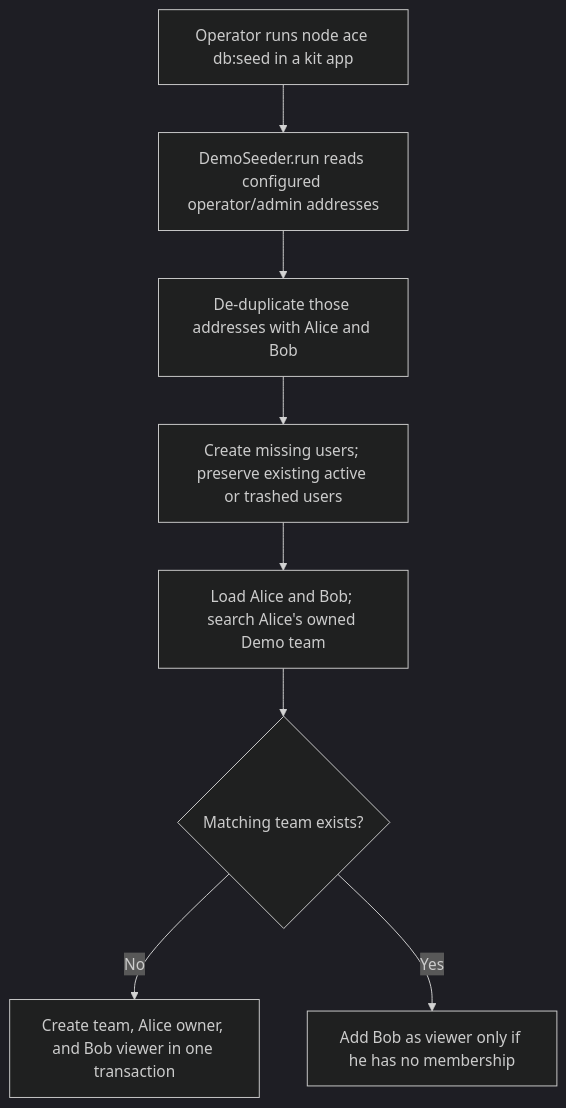
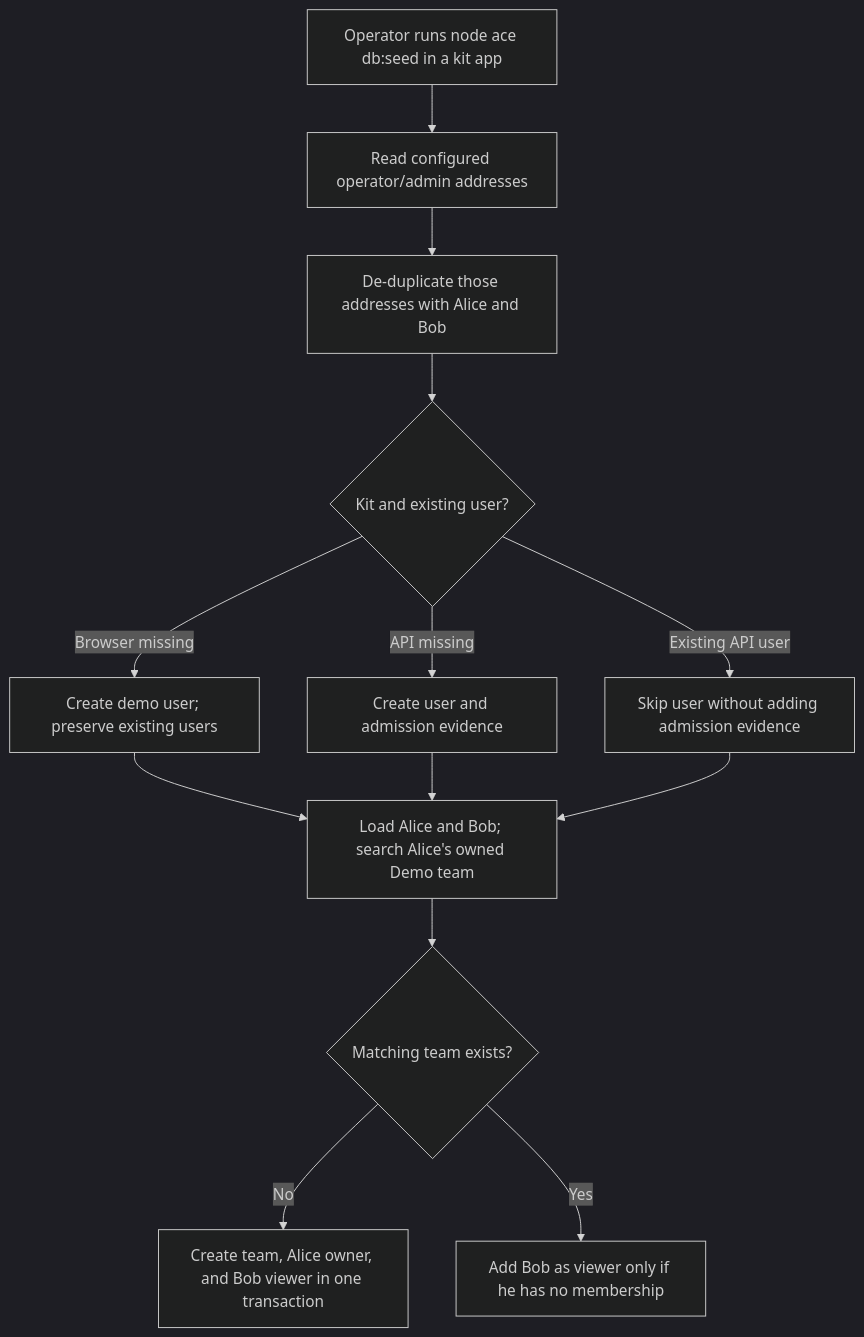
One commit to Kevinjohn/oss-adonisjs-starter-examples changed the first of 2 diagrams in user-stories/demo/us-demo-01-seed-demo-data.md. Above: the diagram before and after it, drawn with Mermaid (dark theme). The commit also changed other lines of this file and 29 other files, not shown here.

````diff
--- a/user-stories/demo/us-demo-01-seed-demo-data.md
+++ b/user-stories/demo/us-demo-01-seed-demo-data.md
@@ -22,10 +22,15 @@
 ```mermaid
 flowchart TD
-    A["Operator runs node ace db:seed in a kit app"] --> B["DemoSeeder.run reads configured operator/admin addresses"]
+    A["Operator runs node ace db:seed in a kit app"] --> B["Read configured operator/admin addresses"]
     B --> C["De-duplicate those addresses with Alice and Bob"]
-    C --> D["Create missing users; preserve existing active or trashed users"]
-    D --> E["Load Alice and Bob; search Alice's owned Demo team"]
-    E --> F{"Matching team exists?"}
-    F -->|No| G["Create team, Alice owner, and Bob viewer in one transaction"]
-    F -->|Yes| H["Add Bob as viewer only if he has no membership"]
+    C --> D{"Kit and existing user?"}
+    D -->|Browser missing| E["Create demo user; preserve existing users"]
+    D -->|API missing| F["Create user and admission evidence"]
+    D -->|Existing API user| G["Skip user without adding admission evidence"]
+    E --> H["Load Alice and Bob; search Alice's owned Demo team"]
+    F --> H
+    G --> H
+    H --> I{"Matching team exists?"}
+    I -->|No| J["Create team, Alice owner, and Bob viewer in one transaction"]
+    I -->|Yes| K["Add Bob as viewer only if he has no membership"]
 ```
````
